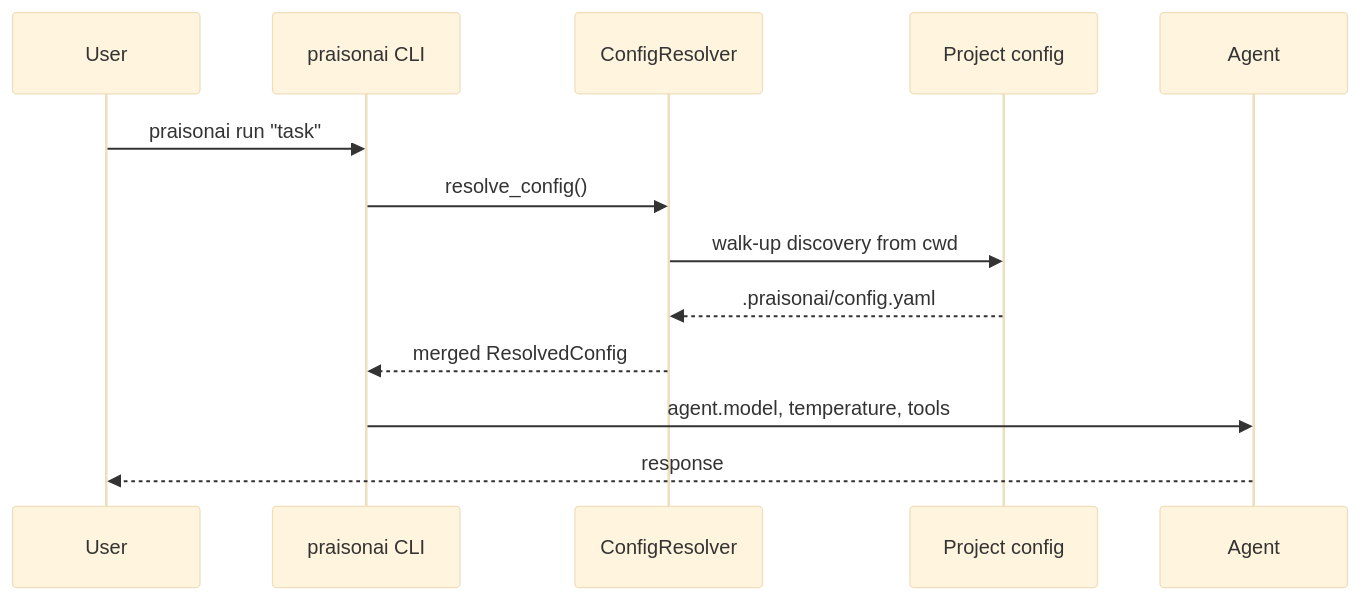
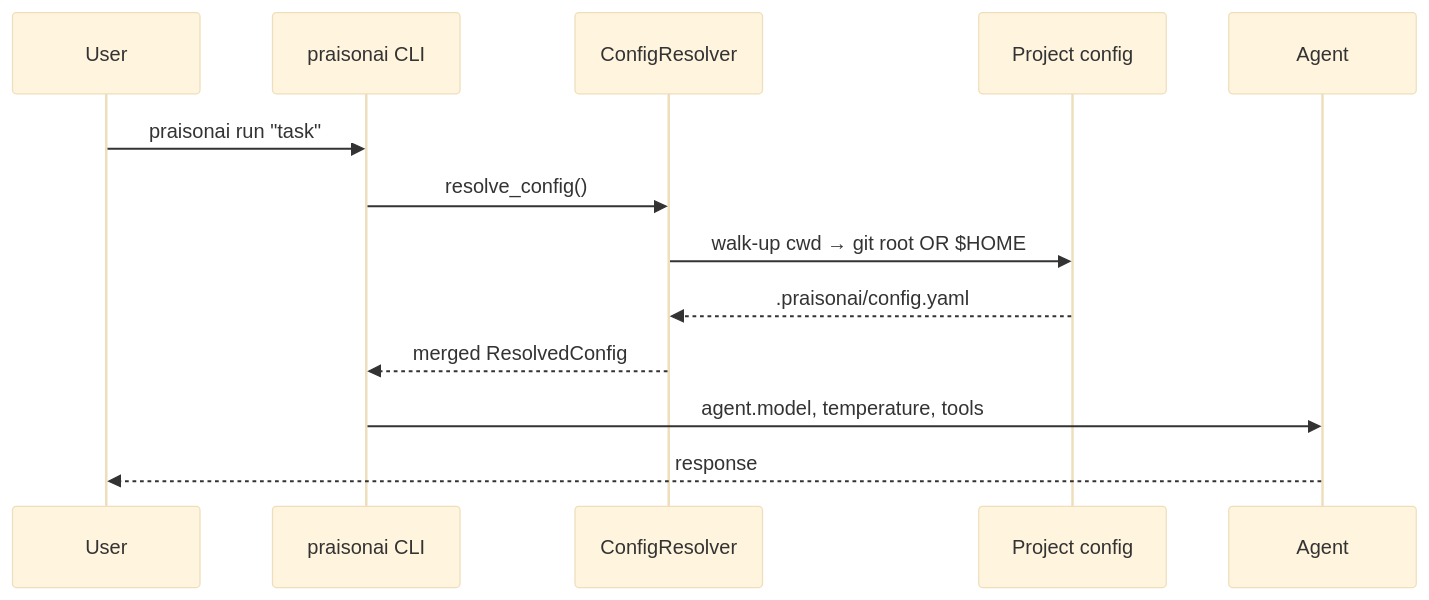
The second of 5 diagrams in docs/features/cli-configuration.mdx (MervinPraison/PraisonAIDocs), drawn with Mermaid (base theme) before and after one commit. The commit also changed other lines of this file and 2 other files, not shown here.

Commit message:
docs: update CLI config walk-up rules for $HOME boundary + legacy skip (fixes #2144)

````diff
--- a/docs/features/cli-configuration.mdx
+++ b/docs/features/cli-configuration.mdx
@@ -84,16 +84,16 @@
 ```mermaid
 sequenceDiagram
     participant User
     participant CLI as praisonai CLI
     participant Resolver as ConfigResolver
     participant Project as Project config
     participant Agent
 
     User->>CLI: praisonai run "task"
     CLI->>Resolver: resolve_config()
-    Resolver->>Project: walk-up discovery from cwd
+    Resolver->>Project: walk-up cwd → git root OR $HOME
     Project-->>Resolver: .praisonai/config.yaml
     Resolver-->>CLI: merged ResolvedConfig
     CLI->>Agent: agent.model, temperature, tools
     Agent-->>User: response
 ```
````
